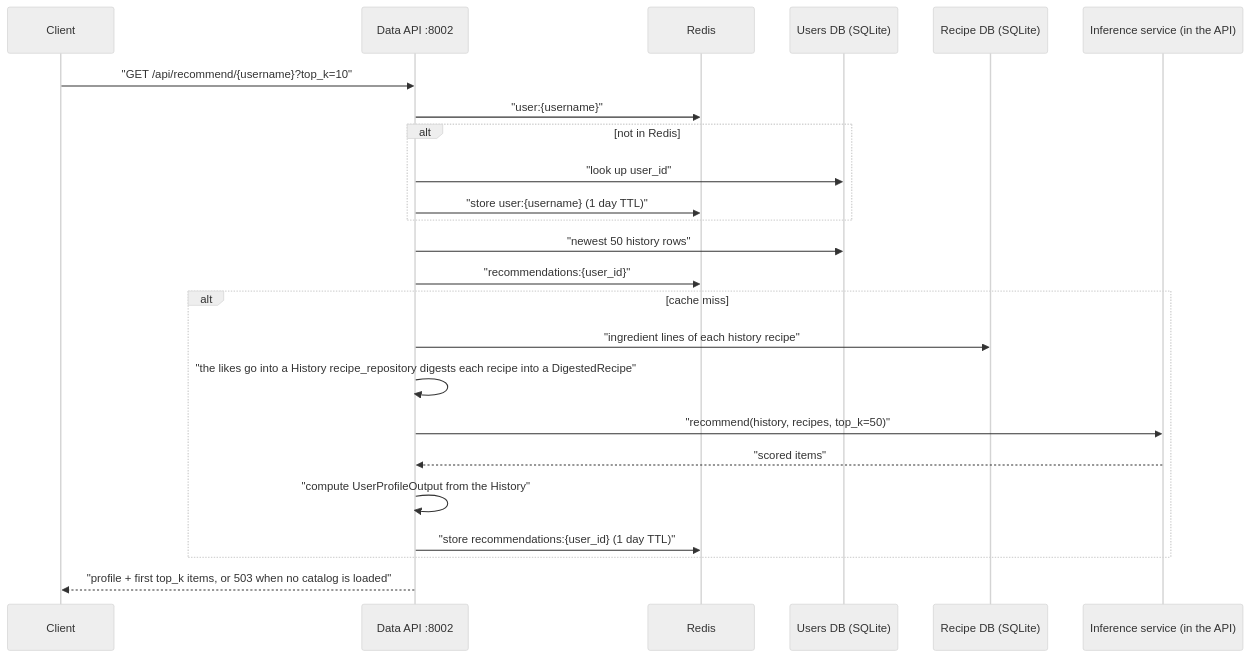
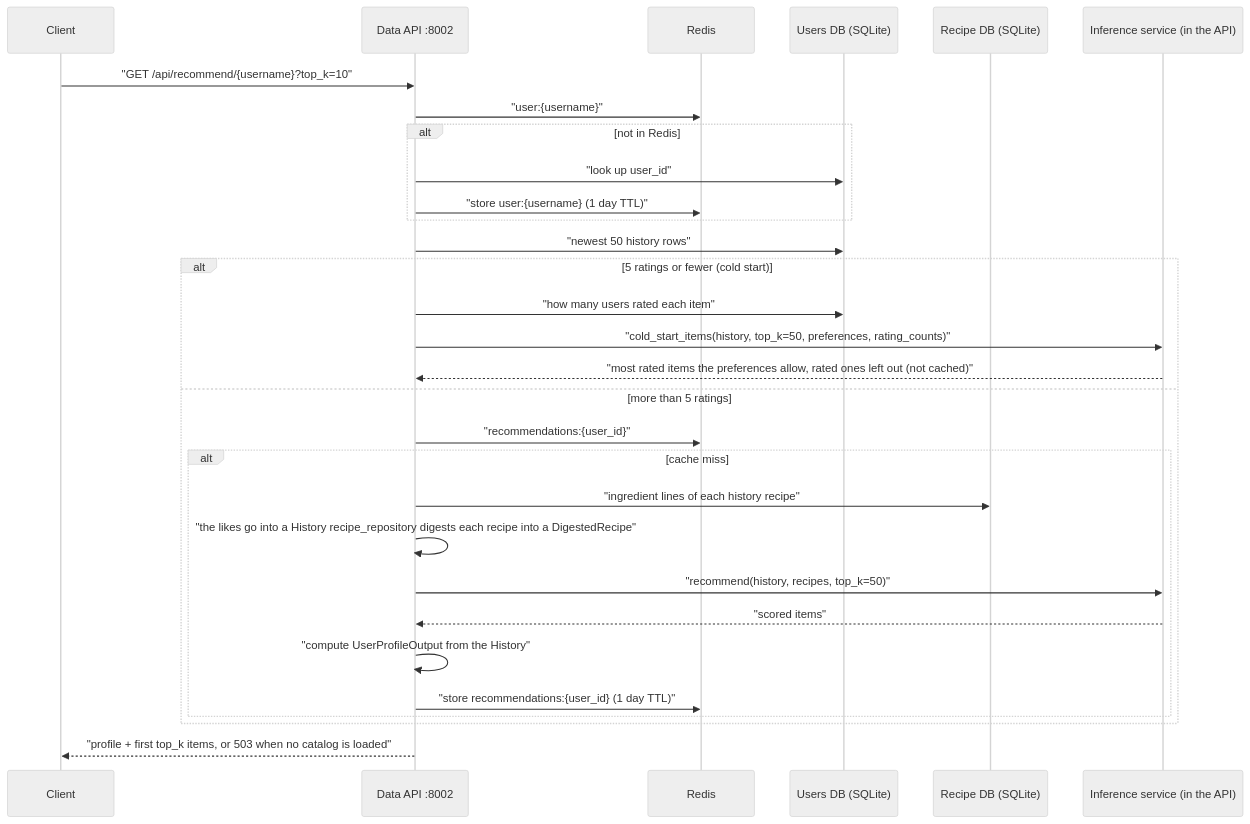
The diagram in SystemCode/remymy/RECOMMENDATION.md (2na3k/practice-project-2), drawn with Mermaid (neutral theme) before and after one commit. The commit also changed other lines of this file and 18 other files, not shown here.

````diff
--- a/SystemCode/remymy/RECOMMENDATION.md
+++ b/SystemCode/remymy/RECOMMENDATION.md
@@ -20,27 +20,33 @@
 ```mermaid
 sequenceDiagram
     participant C as Client
     participant A as Data API :8002
     participant R as Redis
     participant U as Users DB (SQLite)
     participant D as Recipe DB (SQLite)
     participant M as Inference service (in the API)
 
     C->>A: "GET /api/recommend/{username}?top_k=10"
     A->>R: "user:{username}"
     alt not in Redis
         A->>U: "look up user_id"
         A->>R: "store user:{username} (1 day TTL)"
     end
     A->>U: "newest 50 history rows"
-    A->>R: "recommendations:{user_id}"
-    alt cache miss
-        A->>D: "ingredient lines of each history recipe"
-        A->>A: "the likes go into a History recipe_repository digests each recipe into a DigestedRecipe"
-        A->>M: "recommend(history, recipes, top_k=50)"
-        M-->>A: "scored items"
-        A->>A: "compute UserProfileOutput from the History"
-        A->>R: "store recommendations:{user_id} (1 day TTL)"
+    alt 5 ratings or fewer (cold start)
+        A->>U: "how many users rated each item"
+        A->>M: "cold_start_items(history, top_k=50, preferences, rating_counts)"
+        M-->>A: "most rated items the preferences allow, rated ones left out (not cached)"
+    else more than 5 ratings
+        A->>R: "recommendations:{user_id}"
+        alt cache miss
+            A->>D: "ingredient lines of each history recipe"
+            A->>A: "the likes go into a History recipe_repository digests each recipe into a DigestedRecipe"
+            A->>M: "recommend(history, recipes, top_k=50)"
+            M-->>A: "scored items"
+            A->>A: "compute UserProfileOutput from the History"
+            A->>R: "store recommendations:{user_id} (1 day TTL)"
+        end
     end
     A-->>C: "profile + first top_k items, or 503 when no catalog is loaded"
 ```
````
